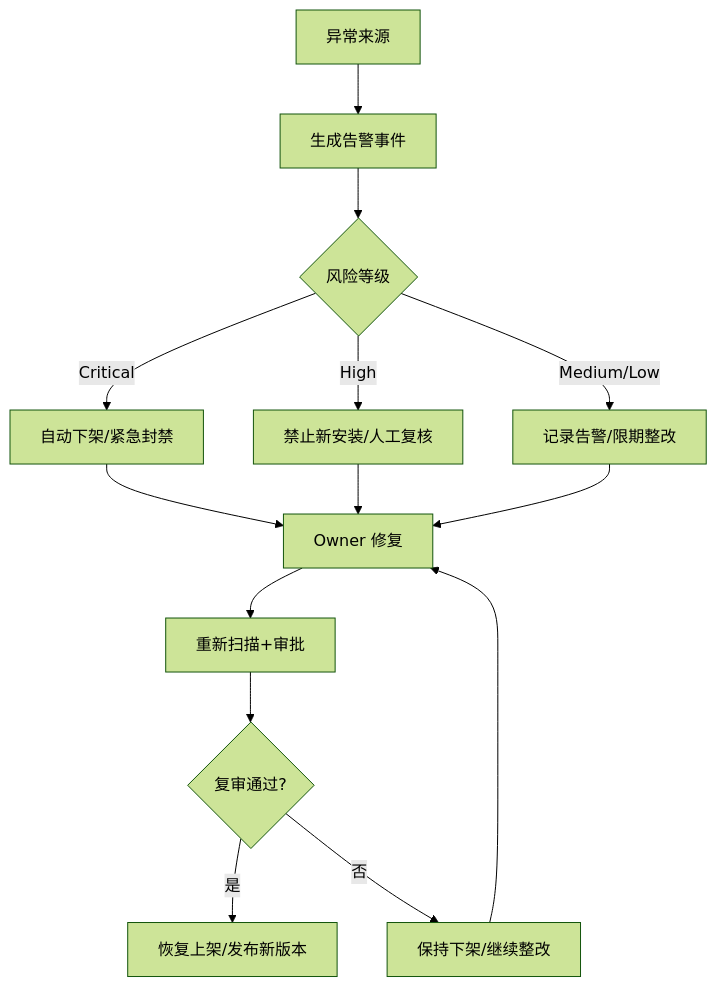
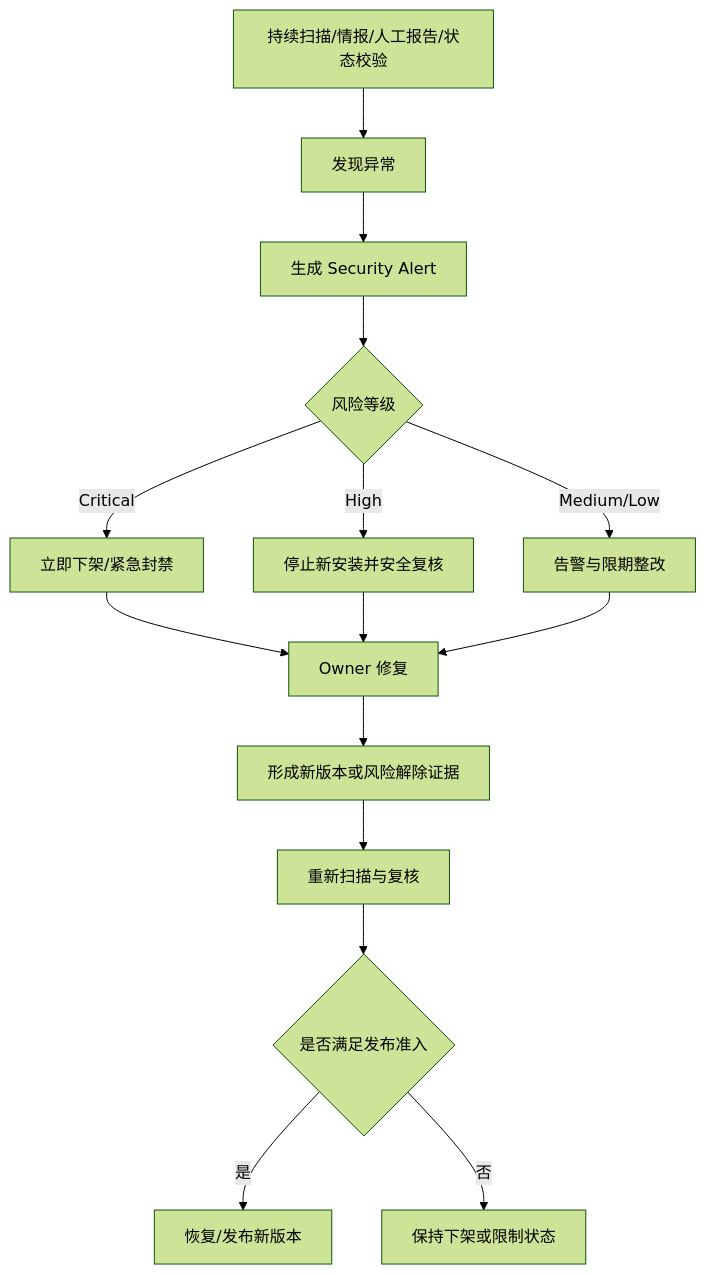
Before and after one commit to Chenzy-zero/SkillHub: the third of 3 diagrams in docs/10-skill-security-governance-strategy.md, drawn with Mermaid (forest theme). The commit also changed other lines of this file, not shown here.

Commit message:
docs: finalize Skill security management policy

````diff
--- a/docs/10-skill-security-governance-strategy.md
+++ b/docs/10-skill-security-governance-strategy.md
@@ -485,16 +588,17 @@
 ```mermaid
 flowchart TD
-    A[异常来源] --> B[生成告警事件]
-    B --> C{风险等级}
-    C -->|Critical| D[自动下架/紧急封禁]
-    C -->|High| E[禁止新安装/人工复核]
-    C -->|Medium/Low| F[记录告警/限期整改]
-    D --> G[Owner 修复]
-    E --> G
-    F --> G
-    G --> H[重新扫描+审批]
-    H --> I{复审通过?}
-    I -->|是| J[恢复上架/发布新版本]
-    I -->|否| K[保持下架/继续整改]
-    K --> G
+    A[持续扫描/情报/人工报告/状态校验] --> B[发现异常]
+    B --> C[生成 Security Alert]
+    C --> D{风险等级}
+    D -->|Critical| E[立即下架/紧急封禁]
+    D -->|High| F[停止新安装并安全复核]
+    D -->|Medium/Low| G[告警与限期整改]
+    E --> H[Owner 修复]
+    F --> H
+    G --> H
+    H --> I[形成新版本或风险解除证据]
+    I --> J[重新扫描与复核]
+    J --> K{是否满足发布准入}
+    K -->|是| L[恢复/发布新版本]
+    K -->|否| M[保持下架或限制状态]
 ```
````
